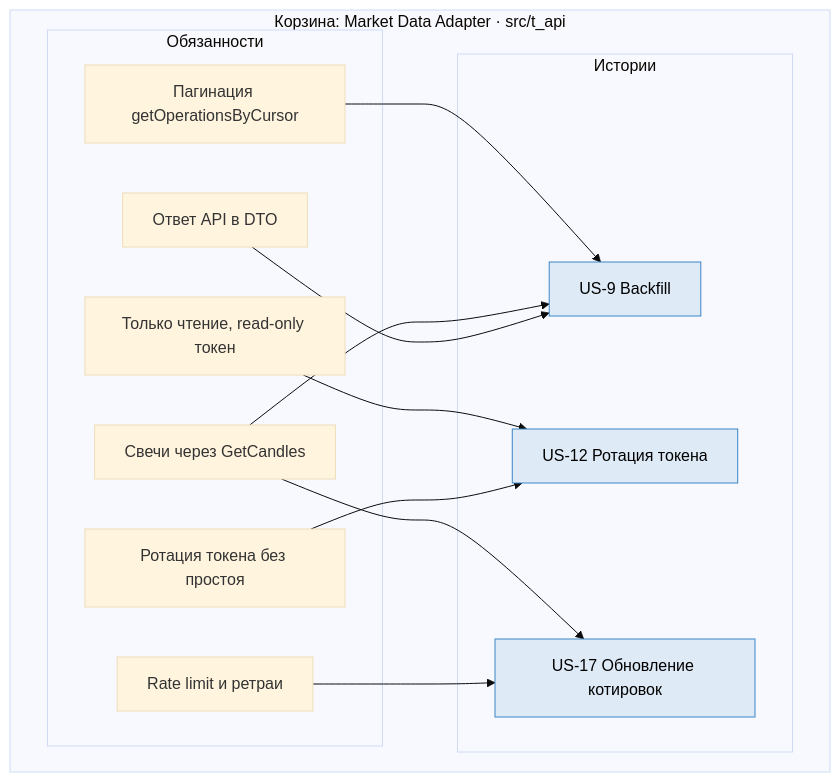
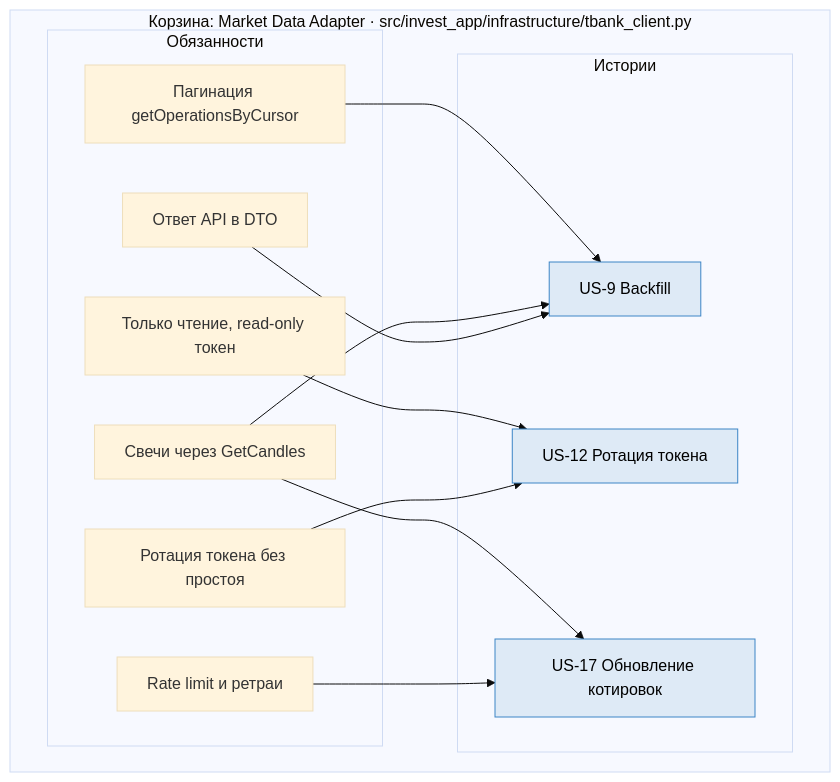
Before and after one commit to alexande-popov/T-I: the eighth of 15 diagrams in docs/arch/logic_arch.md, drawn with Mermaid (base theme). The commit also changed other lines of this file and 3 other files, not shown here.

````diff
--- a/docs/arch/logic_arch.md
+++ b/docs/arch/logic_arch.md
@@ -562,30 +630,30 @@
 ```mermaid
 flowchart LR
-    subgraph B3["Корзина: Market Data Adapter · src/t_api"]
+    subgraph B3["Корзина: Market Data Adapter · src/invest_app/infrastructure/tbank_client.py"]
         direction LR
         subgraph B3R["Обязанности"]
             R31["Только чтение, read-only токен"]
             R32["Пагинация getOperationsByCursor"]
             R33["Свечи через GetCandles"]
             R34["Rate limit и ретраи"]
             R35["Ответ API в DTO"]
             R36["Ротация токена без простоя"]
         end
         subgraph B3U["Истории"]
             W9["US-9 Backfill"]
             W12["US-12 Ротация токена"]
             W17["US-17 Обновление котировок"]
         end
     end
 
     R31 --> W12
     R32 --> W9
     R33 --> W9
     R33 --> W17
     R34 --> W17
     R35 --> W9
     R36 --> W12
 
     classDef story fill:#deeaf6,stroke:#3d85c6,color:#000
     class W9,W12,W17 story
 ```
````
